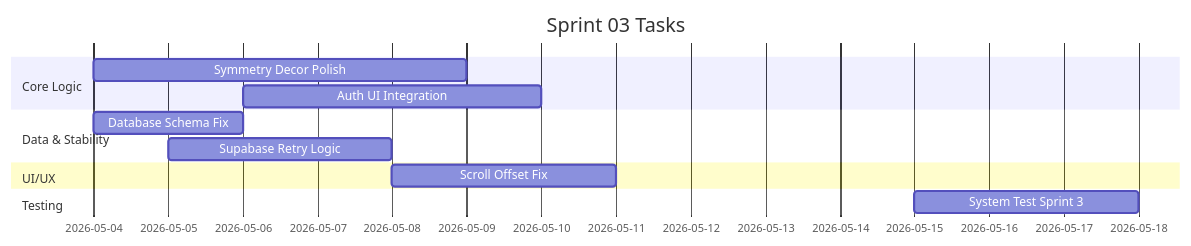
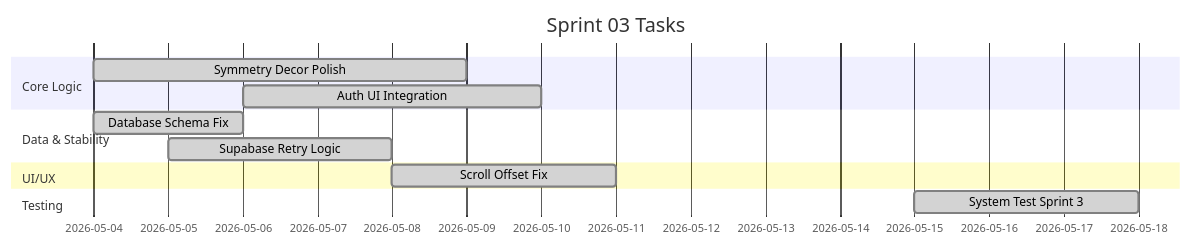
The second of 2 diagrams in docs/agile/sprint-planning.md (ChayutChanmueang/mci-cognitive-game-hub-dev-deploy), drawn with Mermaid before and after one commit. The commit also changed other lines of this file and 36 other files, not shown here.

````diff
--- a/docs/agile/sprint-planning.md
+++ b/docs/agile/sprint-planning.md
@@ -47,15 +47,15 @@
 ```mermaid
 gantt
     title Sprint 03 Tasks
     dateFormat  YYYY-MM-DD
     section Core Logic
-    Symmetry Decor Polish :logic1, 2026-05-04, 5d
-    Auth UI Integration   :logic2, 2026-05-06, 4d
+    Symmetry Decor Polish :done, logic1, 2026-05-04, 5d
+    Auth UI Integration   :done, logic2, 2026-05-06, 4d
     section Data & Stability
-    Database Schema Fix   :data1, 2026-05-04, 2d
-    Supabase Retry Logic  :data2, 2026-05-05, 3d
+    Database Schema Fix   :done, data1, 2026-05-04, 2d
+    Supabase Retry Logic  :done, data2, 2026-05-05, 3d
     section UI/UX
-    Scroll Offset Fix     :ui1, 2026-05-08, 3d
+    Scroll Offset Fix     :done, ui1, 2026-05-08, 3d
     section Testing
-    System Test Sprint 3  :test1, 2026-05-15, 3d
+    System Test Sprint 3  :done, test1, 2026-05-15, 3d
 ```
````
